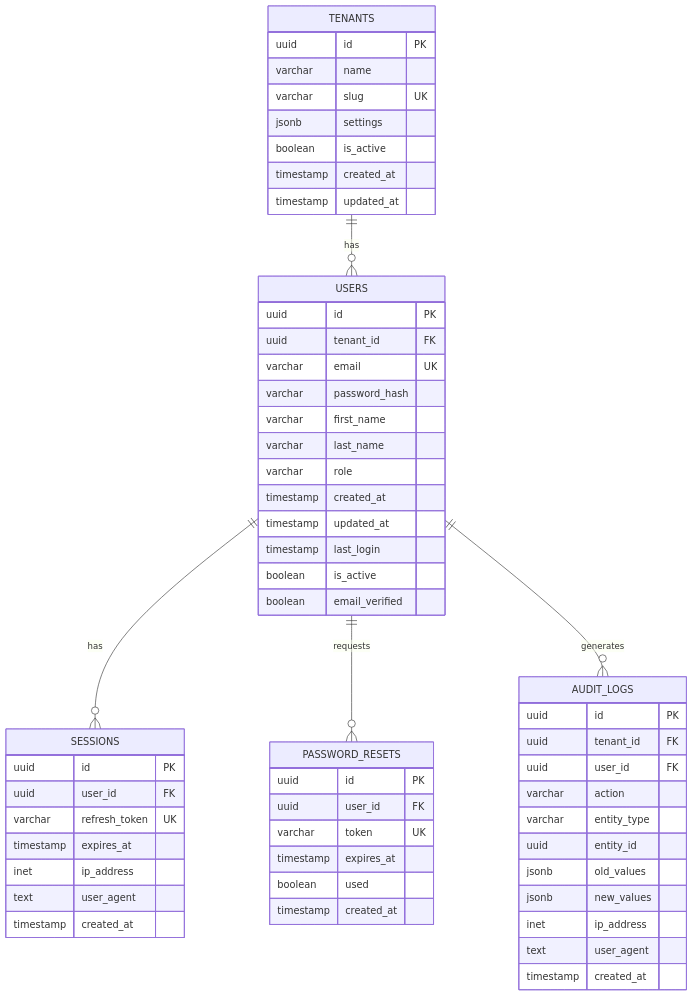
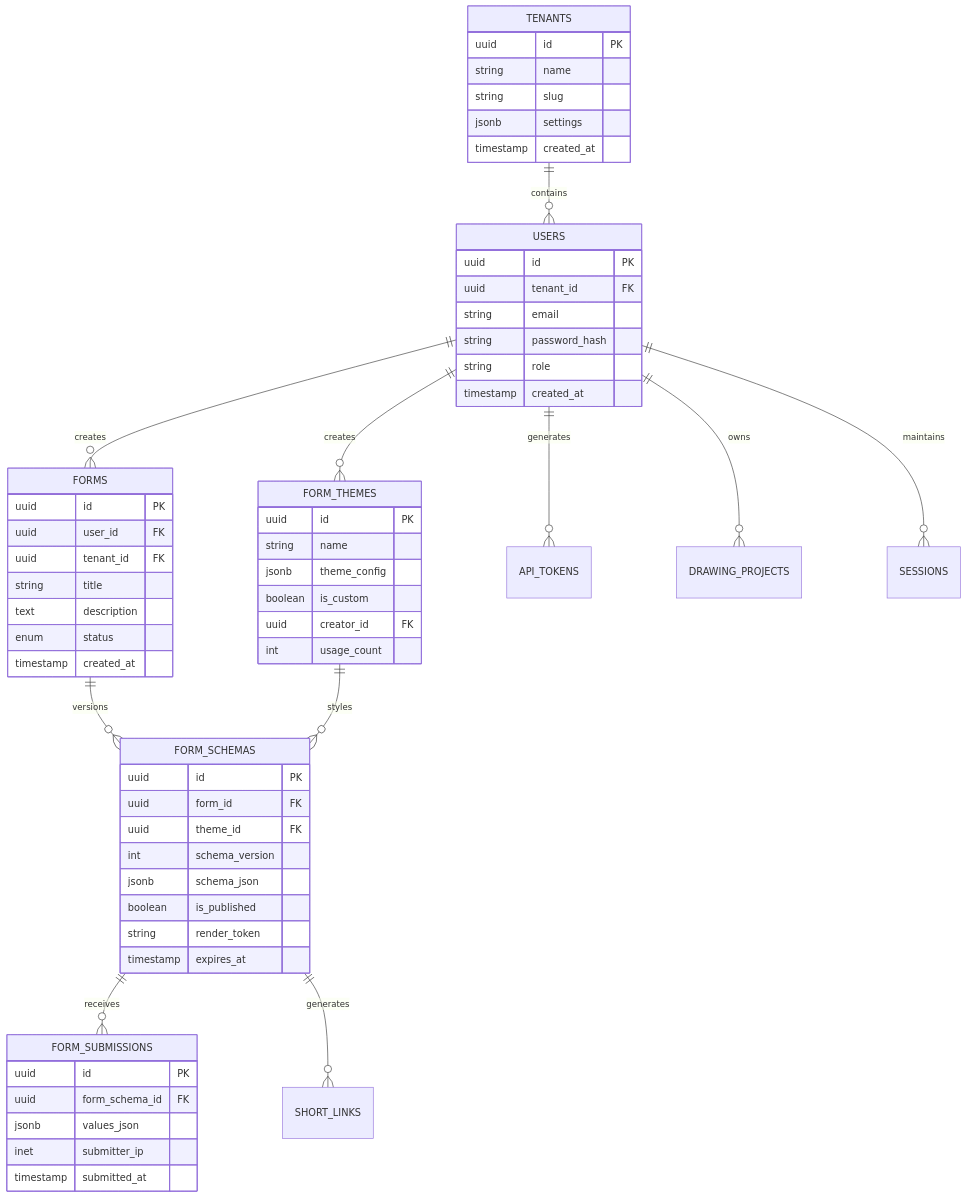
The fourth of 9 diagrams in CODEBASE_ANALYSIS.md (ValonHajredini/NodeAngularFullStack), drawn with Mermaid before and after one commit. The commit also changed other lines of this file and 50 other files, not shown here.

````diff
--- a/CODEBASE_ANALYSIS.md
+++ b/CODEBASE_ANALYSIS.md
@@ -388,65 +292,68 @@
 ```mermaid
 erDiagram
-    TENANTS ||--o{ USERS : "has"
-    USERS ||--o{ SESSIONS : "has"
-    USERS ||--o{ PASSWORD_RESETS : "requests"
-    USERS ||--o{ AUDIT_LOGS : "generates"
+    TENANTS ||--o{ USERS : contains
+    USERS ||--o{ FORMS : creates
+    USERS ||--o{ FORM_THEMES : creates
+    USERS ||--o{ API_TOKENS : generates
+    FORMS ||--o{ FORM_SCHEMAS : versions
+    FORM_SCHEMAS ||--o{ FORM_SUBMISSIONS : receives
+    FORM_SCHEMAS ||--o{ SHORT_LINKS : generates
+    FORM_THEMES ||--o{ FORM_SCHEMAS : styles
+    USERS ||--o{ DRAWING_PROJECTS : owns
+    USERS ||--o{ SESSIONS : maintains
 
     TENANTS {
         uuid id PK
-        varchar name
-        varchar slug UK
+        string name
+        string slug
         jsonb settings
-        boolean is_active
         timestamp created_at
-        timestamp updated_at
     }
 
     USERS {
         uuid id PK
         uuid tenant_id FK
-        varchar email UK
-        varchar password_hash
-        varchar first_name
-        varchar last_name
-        varchar role
-        timestamp created_at
-        timestamp updated_at
-        timestamp last_login
-        boolean is_active
-        boolean email_verified
-    }
-
-    SESSIONS {
-        uuid id PK
-        uuid user_id FK
-        varchar refresh_token UK
-        timestamp expires_at
-        inet ip_address
-        text user_agent
+        string email
+        string password_hash
+        string role
         timestamp created_at
     }
 
-    PASSWORD_RESETS {
+    FORMS {
         uuid id PK
         uuid user_id FK
-        varchar token UK
-        timestamp expires_at
-        boolean used
+        uuid tenant_id FK
+        string title
+        text description
+        enum status
         timestamp created_at
     }
 
-    AUDIT_LOGS {
+    FORM_SCHEMAS {
         uuid id PK
-        uuid tenant_id FK
-        uuid user_id FK
-        varchar action
-        varchar entity_type
-        uuid entity_id
-        jsonb old_values
-        jsonb new_values
-        inet ip_address
-        text user_agent
-        timestamp created_at
+        uuid form_id FK
+        uuid theme_id FK
+        int schema_version
+        jsonb schema_json
+        boolean is_published
+        string render_token
+        timestamp expires_at
+    }
+
+    FORM_SUBMISSIONS {
+        uuid id PK
+        uuid form_schema_id FK
+        jsonb values_json
+        inet submitter_ip
+        timestamp submitted_at
+    }
+
+    FORM_THEMES {
+        uuid id PK
+        string name
+        jsonb theme_config
+        boolean is_custom
+        uuid creator_id FK
+        int usage_count
     }
 ```
````
